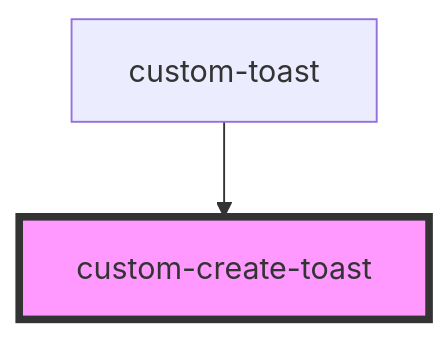
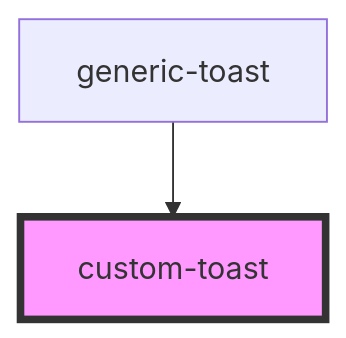
The diagram in src/components/toasts-list/components/custom-toast/components/custom-create-toast/readme.md (multiversx/mx-sdk-dapp-ui), drawn with Mermaid before and after one commit. The commit also changed other lines of this file and 12 other files, not shown here.

````diff
--- a/src/components/toasts-list/components/custom-toast/components/custom-create-toast/readme.md
+++ b/src/components/toasts-list/components/custom-toast/components/custom-create-toast/readme.md
@@ -29,5 +29,5 @@
 ```mermaid
 graph TD;
-  custom-toast --> custom-create-toast
-  style custom-create-toast fill:#f9f,stroke:#333,stroke-width:4px
+  generic-toast --> custom-toast
+  style custom-toast fill:#f9f,stroke:#333,stroke-width:4px
 ```
````
